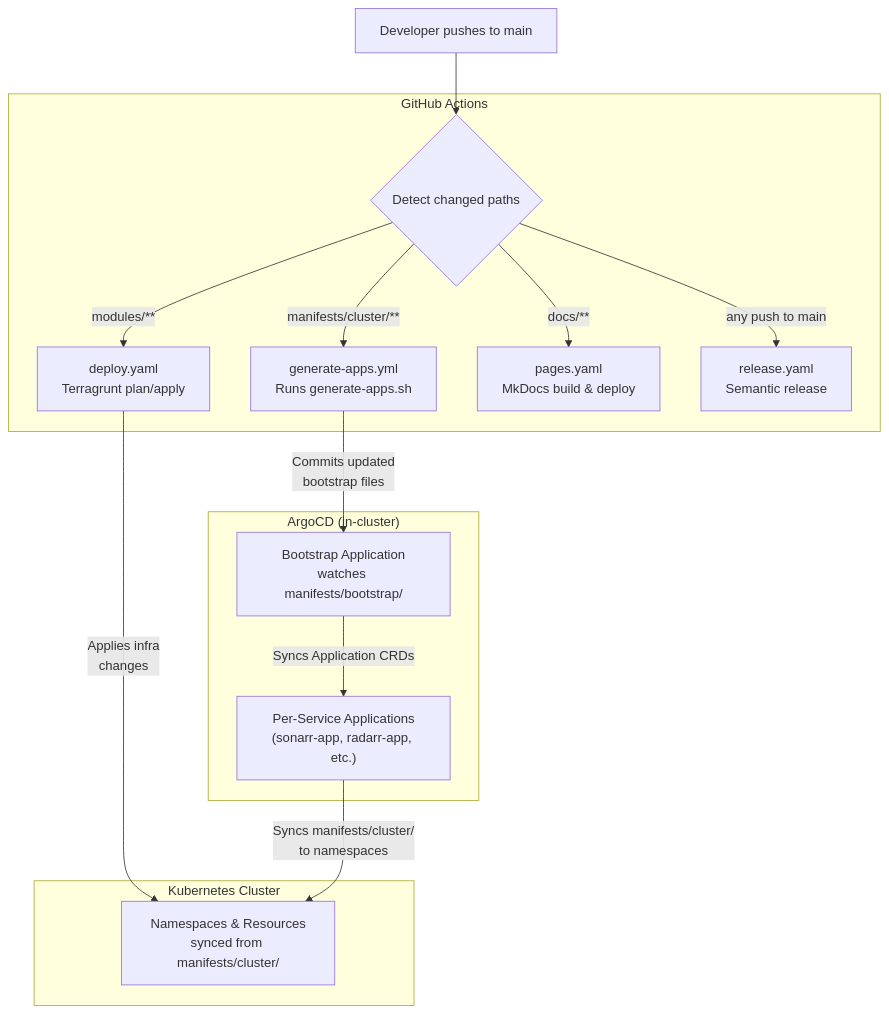
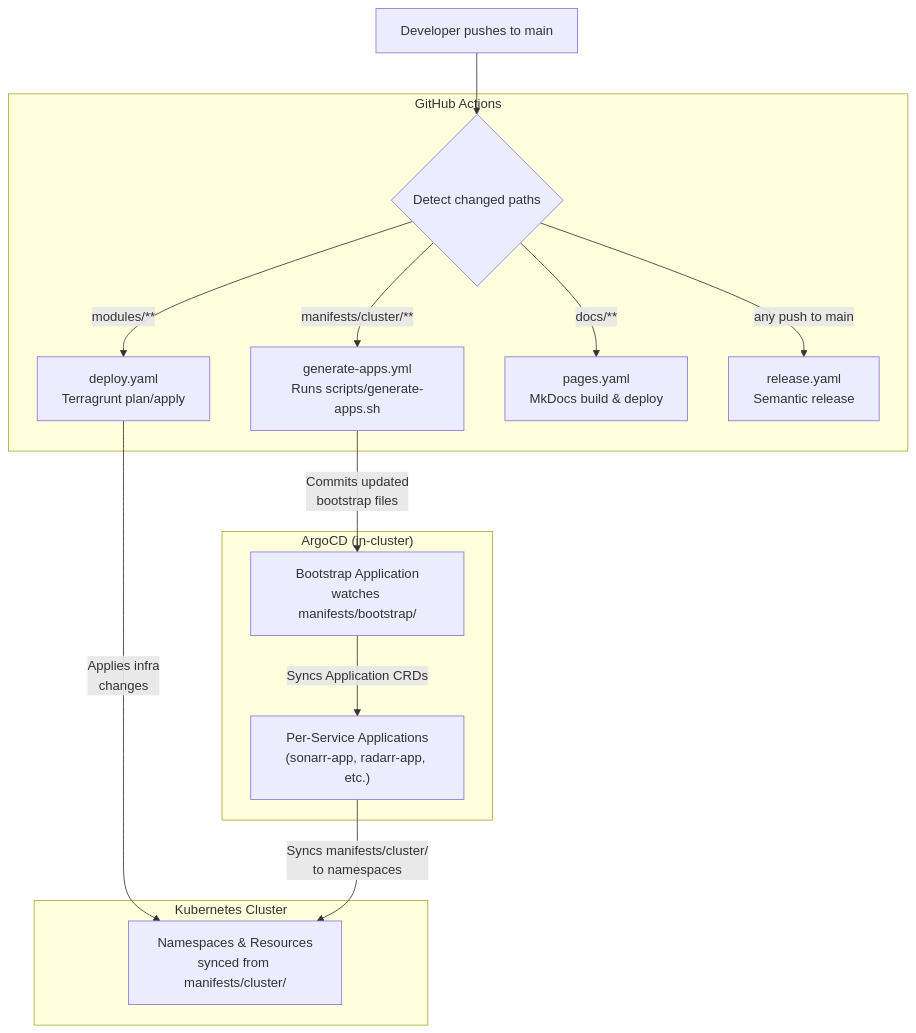
Before and after one commit to myles-coleman/homelab-cluster: the diagram in docs/architecture/gitops-flow.md, drawn with Mermaid. The commit also changed other lines of this file and 9 other files, not shown here.

First line of the commit message:
refactor(scripts): move generate-apps.sh into scripts/

````diff
--- a/docs/architecture/gitops-flow.md
+++ b/docs/architecture/gitops-flow.md
@@ -9,33 +9,33 @@
 ```mermaid
 flowchart TB
     DEV["Developer pushes to main"]
     
     subgraph "GitHub Actions"
         GA_DETECT{"Detect changed paths"}
-        GA_GEN["generate-apps.yml<br/>Runs generate-apps.sh"]
+        GA_GEN["generate-apps.yml<br/>Runs scripts/generate-apps.sh"]
         GA_TG["deploy.yaml<br/>Terragrunt plan/apply"]
         GA_DOCS["pages.yaml<br/>MkDocs build & deploy"]
         GA_REL["release.yaml<br/>Semantic release"]
     end
     
     subgraph "ArgoCD (in-cluster)"
         BOOT["Bootstrap Application<br/>watches manifests/bootstrap/"]
         APPS["Per-Service Applications<br/>(sonarr-app, radarr-app, etc.)"]
     end
     
     subgraph "Kubernetes Cluster"
         NS["Namespaces & Resources<br/>synced from manifests/cluster/"]
     end
 
     DEV --> GA_DETECT
     GA_DETECT -->|"manifests/cluster/**"| GA_GEN
     GA_DETECT -->|"modules/**"| GA_TG
     GA_DETECT -->|"docs/**"| GA_DOCS
     GA_DETECT -->|"any push to main"| GA_REL
     
     GA_GEN -->|"Commits updated<br/>bootstrap files"| BOOT
     GA_TG -->|"Applies infra<br/>changes"| NS
     
     BOOT -->|"Syncs Application CRDs"| APPS
     APPS -->|"Syncs manifests/cluster/<br/>to namespaces"| NS
 ```
````
